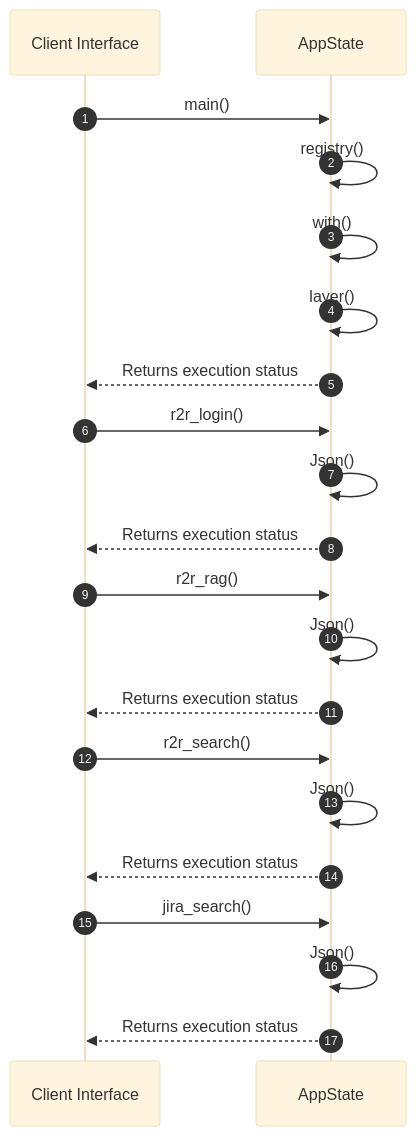
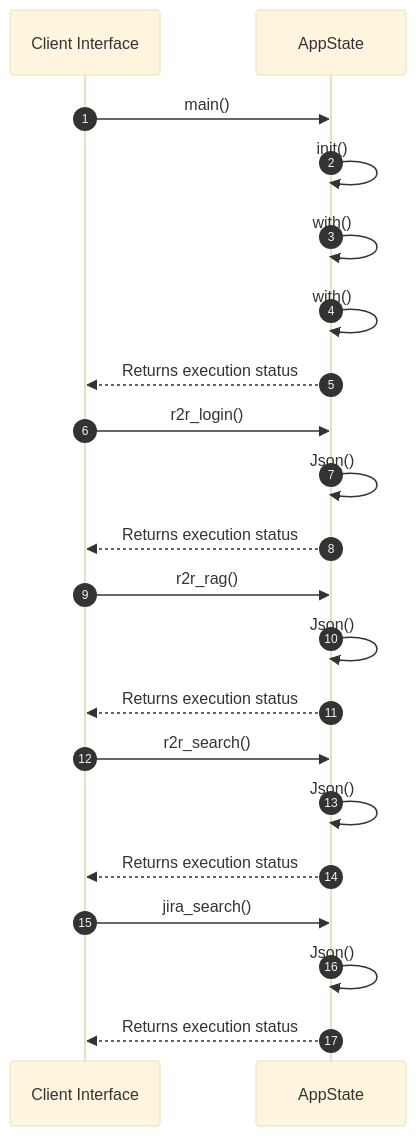
The second of 2 diagrams in openwiki/modules/src/bin/mock_services.md (lgcorzo/fastapi-autogen-team), drawn with Mermaid (base theme) before and after one commit. The commit also changed other lines of this file and 33 other files, not shown here.

Commit message:
Fix PlantUML syntax, missing diagrams, and link formatting in doc generator

````diff
--- a/openwiki/modules/src/bin/mock_services.md
+++ b/openwiki/modules/src/bin/mock_services.md
@@ -42,23 +46,23 @@
 ```mermaid
 sequenceDiagram
     autonumber
     participant Caller as Client Interface
     participant Svc as AppState
     Caller->>Svc: main()
-    Svc->>Svc: registry()
+    Svc->>Svc: init()
     Svc->>Svc: with()
-    Svc->>Svc: layer()
+    Svc->>Svc: with()
     Svc-->>Caller: Returns execution status
     Caller->>Svc: r2r_login()
     Svc->>Svc: Json()
     Svc-->>Caller: Returns execution status
     Caller->>Svc: r2r_rag()
     Svc->>Svc: Json()
     Svc-->>Caller: Returns execution status
     Caller->>Svc: r2r_search()
     Svc->>Svc: Json()
     Svc-->>Caller: Returns execution status
     Caller->>Svc: jira_search()
     Svc->>Svc: Json()
     Svc-->>Caller: Returns execution status
 ```
````
